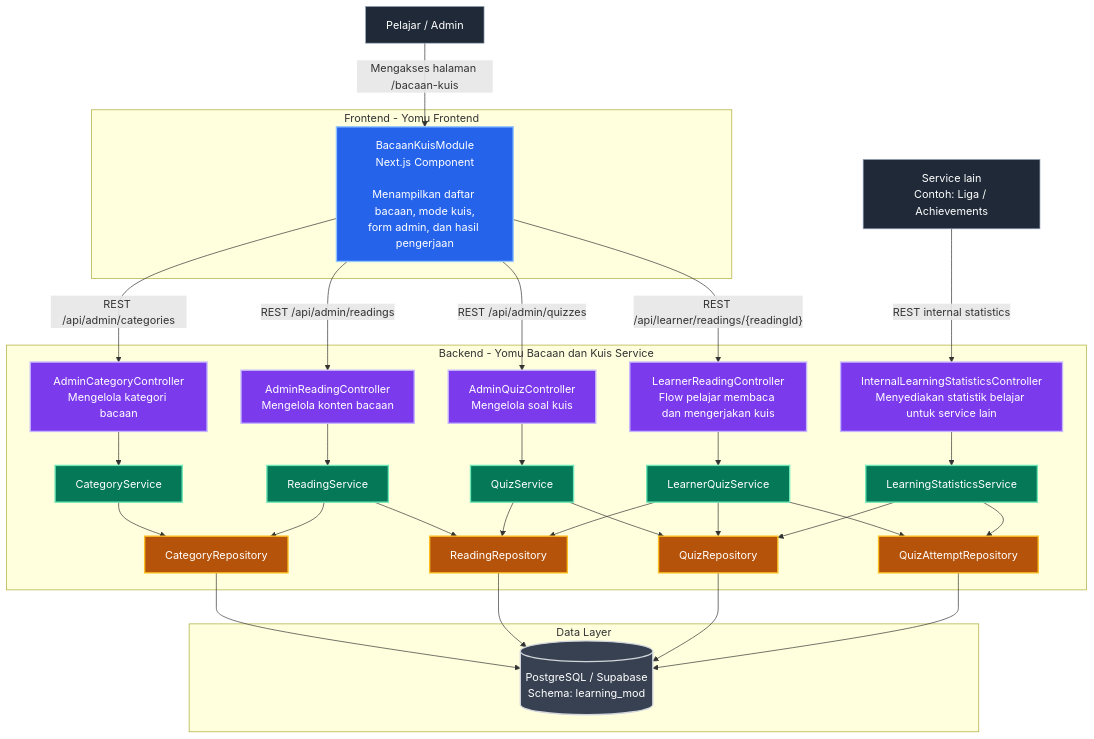
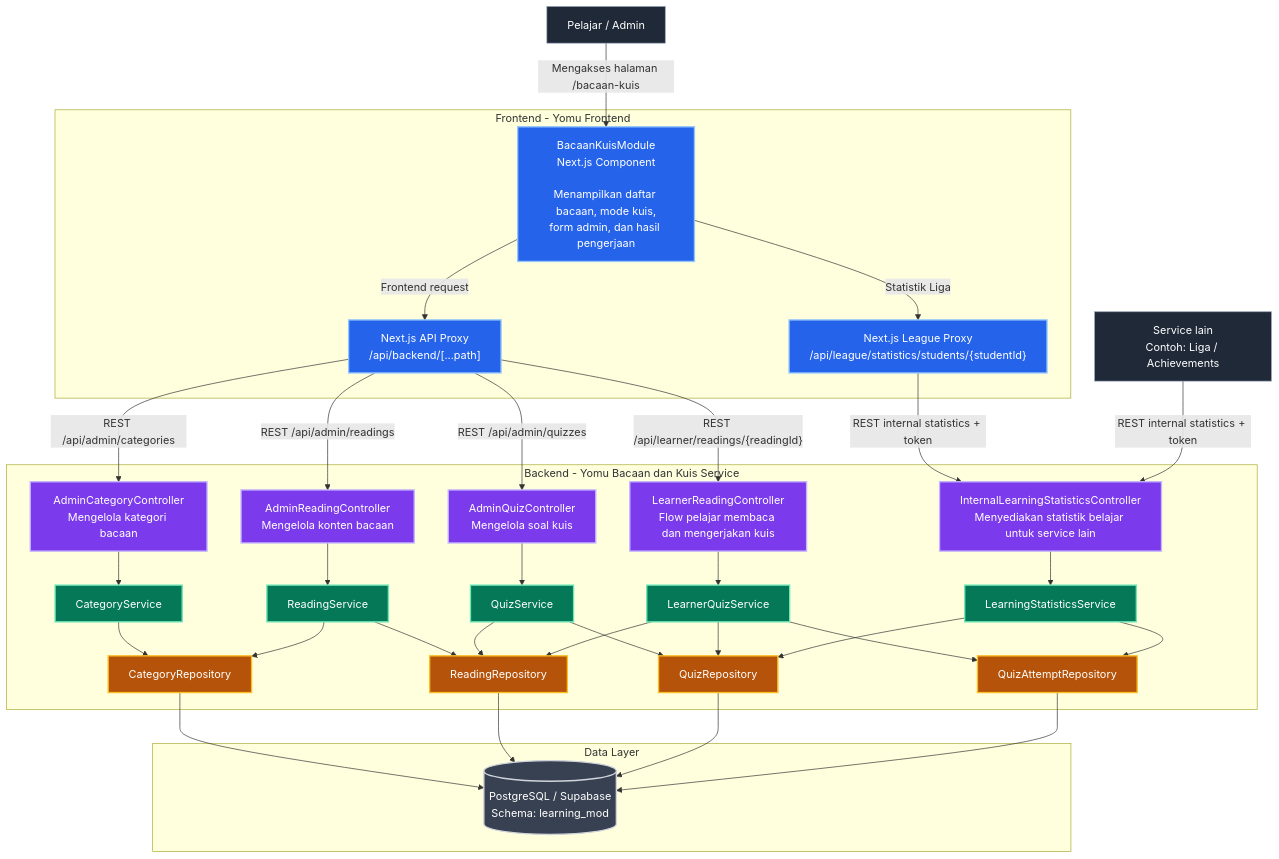
The first of 4 diagrams in README.md (advprog-2026-B14-project/yomu-bacaan-dan-kuis), drawn with Mermaid before and after one commit. The commit also changed other lines of this file, not shown here.

Commit message:
update diagrams

```diff
--- a/README.md
+++ b/README.md
@@ -36,6 +36,8 @@
 
     subgraph Frontend["Frontend - Yomu Frontend"]
         BacaanKuisModule["BacaanKuisModule<br/>Next.js Component<br/><br/>Menampilkan daftar bacaan, mode kuis,<br/>form admin, dan hasil pengerjaan"]
+        BackendProxy["Next.js API Proxy<br/>/api/backend/[...path]"]
+        LeagueProxy["Next.js League Proxy<br/>/api/league/statistics/students/{studentId}"]
     end
 
     subgraph Backend["Backend - Yomu Bacaan dan Kuis Service"]
@@ -65,12 +67,16 @@
 
     User -->|"Mengakses halaman /bacaan-kuis"| BacaanKuisModule
 
-    BacaanKuisModule -->|"REST /api/admin/categories"| AdminCategoryController
-    BacaanKuisModule -->|"REST /api/admin/readings"| AdminReadingController
-    BacaanKuisModule -->|"REST /api/admin/quizzes"| AdminQuizController
-    BacaanKuisModule -->|"REST /api/learner/readings/{readingId}"| LearnerReadingController
+    BacaanKuisModule -->|"Frontend request"| BackendProxy
+    BacaanKuisModule -->|"Statistik Liga"| LeagueProxy
 
-    ExternalService -->|"REST internal statistics"| InternalStatisticsController
+    BackendProxy -->|"REST /api/admin/categories"| AdminCategoryController
+    BackendProxy -->|"REST /api/admin/readings"| AdminReadingController
+    BackendProxy -->|"REST /api/admin/quizzes"| AdminQuizController
+    BackendProxy -->|"REST /api/learner/readings/{readingId}"| LearnerReadingController
+    LeagueProxy -->|"REST internal statistics + token"| InternalStatisticsController
+
+    ExternalService -->|"REST internal statistics + token"| InternalStatisticsController
 
     AdminCategoryController --> CategoryService
     AdminReadingController --> ReadingService
@@ -101,7 +107,7 @@
     classDef database fill:#374151,stroke:#d1d5db,color:#ffffff,stroke-width:2px;
     classDef actor fill:#1f2937,stroke:#94a3b8,color:#ffffff,stroke-width:1px;
 
-    class BacaanKuisModule frontend;
+    class BacaanKuisModule,BackendProxy,LeagueProxy frontend;
     class AdminCategoryController,AdminReadingController,AdminQuizController,LearnerReadingController,InternalStatisticsController controller;
     class CategoryService,ReadingService,QuizService,LearnerQuizService,LearningStatisticsService service;
     class CategoryRepository,ReadingRepository,QuizRepository,QuizAttemptRepository repository;
```
